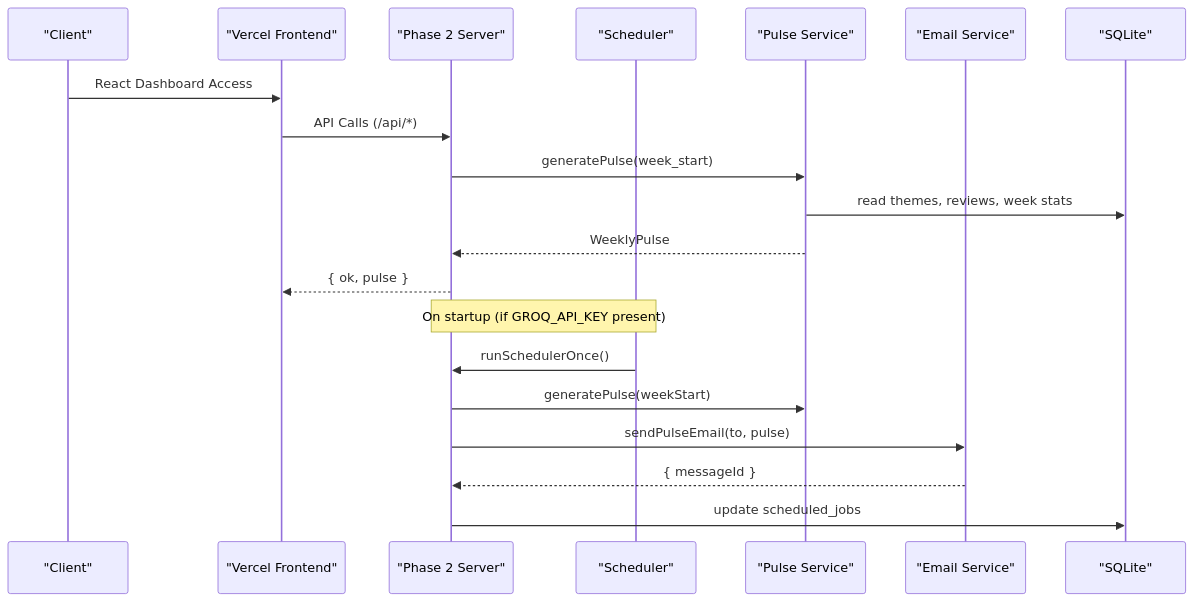
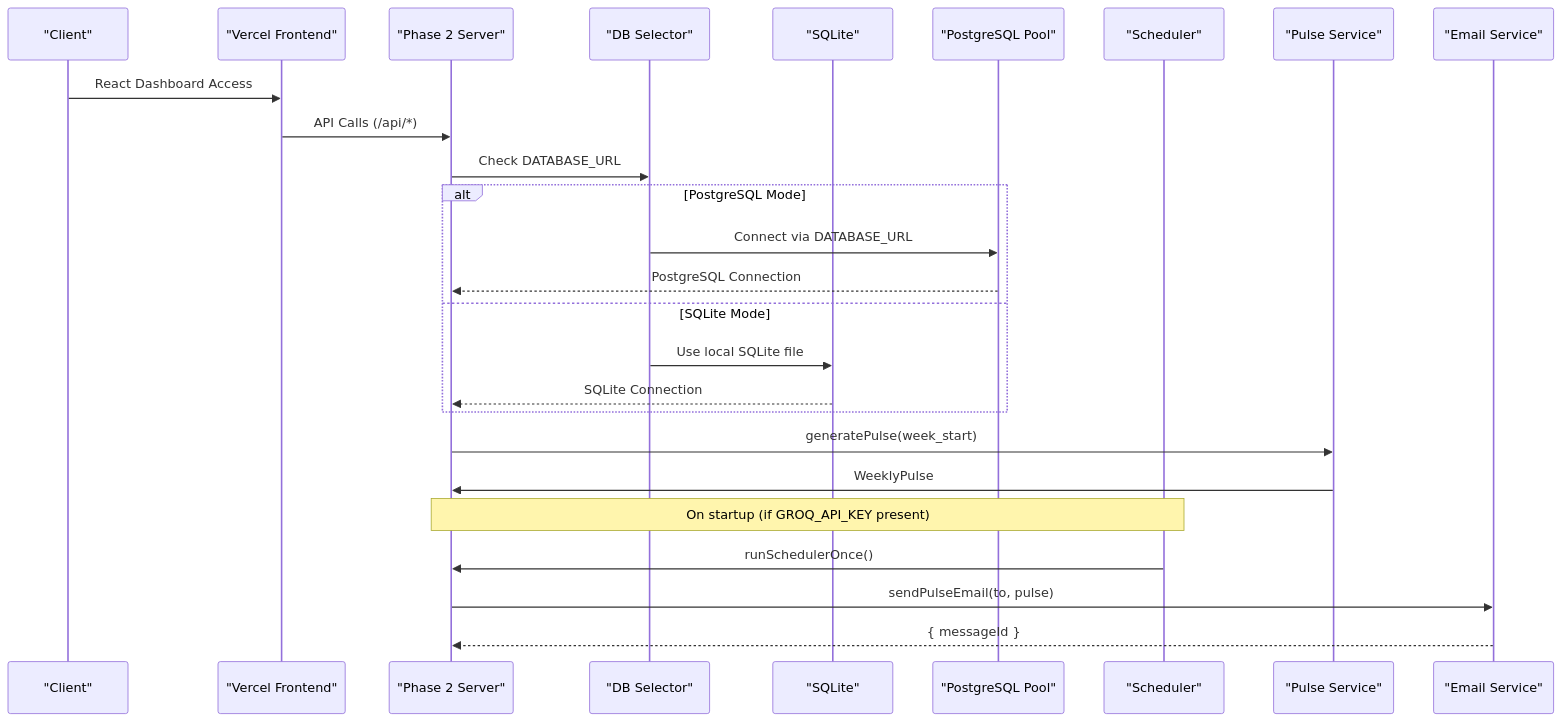
The second of 5 diagrams in .qoder/repowiki/en/content/Deployment & Operations.md (aravinthraj-ramalingam/Groww-App-Review-Insights-Analyzer-), drawn with Mermaid before and after one commit. The commit also changed other lines of this file and 7 other files, not shown here.

Commit message:
Fix duplicate themes in pulse and button alignment

````diff
--- a/.qoder/repowiki/en/content/Deployment & Operations.md
+++ b/.qoder/repowiki/en/content/Deployment & Operations.md
@@ -183,22 +186,28 @@
 ```mermaid
 sequenceDiagram
 participant Client as "Client"
 participant Vercel as "Vercel Frontend"
 participant P2Server as "Phase 2 Server"
+participant DBSelector as "DB Selector"
+participant SQLiteDB as "SQLite"
+participant PGPool as "PostgreSQL Pool"
 participant Scheduler as "Scheduler"
 participant Pulse as "Pulse Service"
 participant Email as "Email Service"
-participant DB as "SQLite"
 Client->>Vercel : React Dashboard Access
 Vercel->>P2Server : API Calls (/api/*)
+P2Server->>DBSelector : Check DATABASE_URL
+alt PostgreSQL Mode
+DBSelector->>PGPool : Connect via DATABASE_URL
+PGPool-->>P2Server : PostgreSQL Connection
+else SQLite Mode
+DBSelector->>SQLiteDB : Use local SQLite file
+SQLiteDB-->>P2Server : SQLite Connection
+end
 P2Server->>Pulse : generatePulse(week_start)
-Pulse->>DB : read themes, reviews, week stats
-Pulse-->>P2Server : WeeklyPulse
-P2Server-->>Vercel : { ok, pulse }
+Pulse->>P2Server : WeeklyPulse
 Note over Scheduler,P2Server : On startup (if GROQ_API_KEY present)
 Scheduler->>P2Server : runSchedulerOnce()
-P2Server->>Pulse : generatePulse(weekStart)
 P2Server->>Email : sendPulseEmail(to, pulse)
 Email-->>P2Server : { messageId }
-P2Server->>DB : update scheduled_jobs
 ```
````
